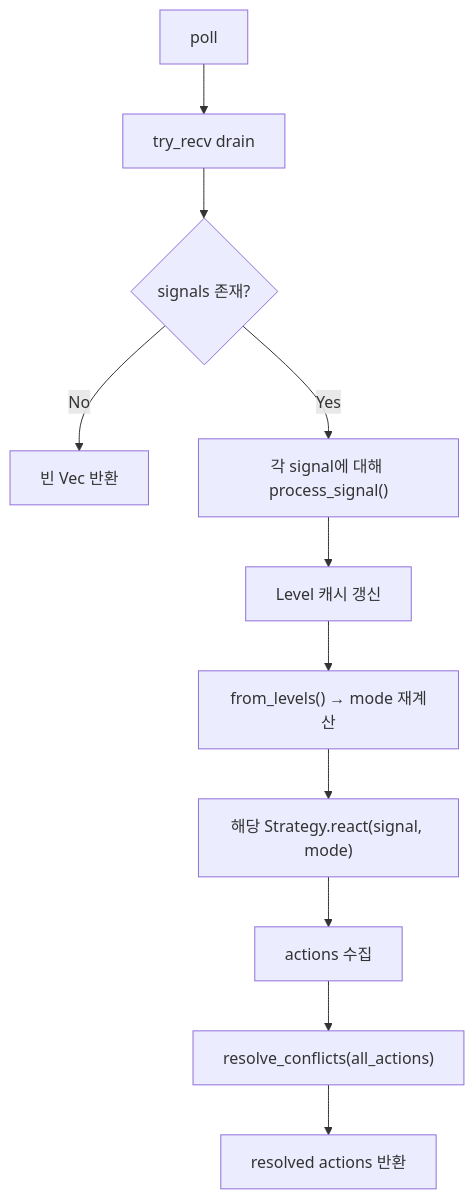
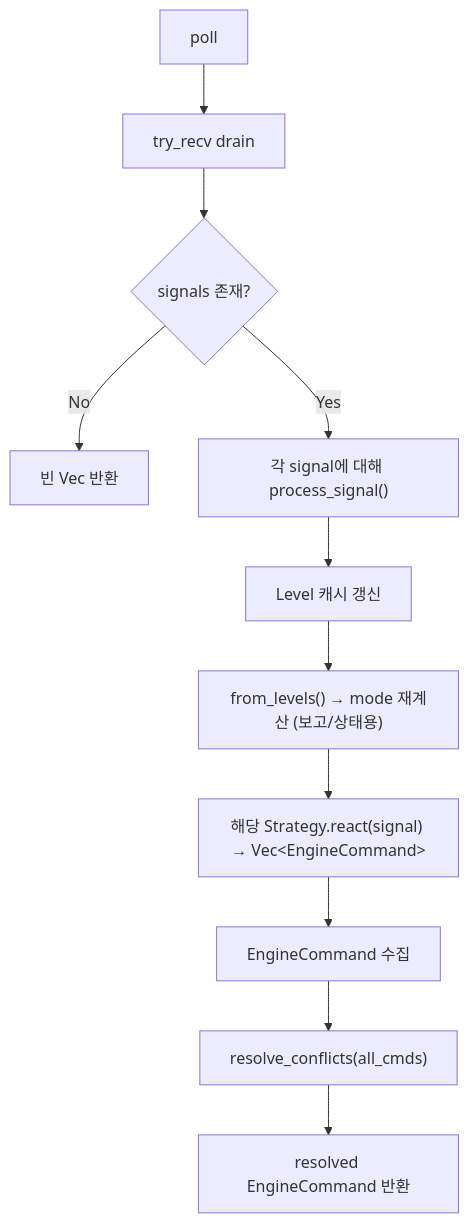
Before and after one commit to hedone21/llm_rs2: the fourth of 4 diagrams in arch/31-engine-state.md, drawn with Mermaid. The commit also changed other lines of this file and 3 other files, not shown here.

First line of the commit message:
docs(arch): α-W-3 arch drift-sync — 구 resilience 어휘를 EngineCommand 단일로 정리

````diff
--- a/arch/31-engine-state.md
+++ b/arch/31-engine-state.md
@@ -292,13 +298,13 @@
 ```mermaid
 flowchart TD
     A[poll] --> B[try_recv drain]
     B --> C{signals 존재?}
     C -->|No| D["빈 Vec 반환"]
     C -->|Yes| E["각 signal에 대해 process_signal()"]
     E --> F[Level 캐시 갱신]
-    F --> G["from_levels() → mode 재계산"]
-    G --> H["해당 Strategy.react(signal, mode)"]
-    H --> I[actions 수집]
-    I --> J["resolve_conflicts(all_actions)"]
-    J --> K[resolved actions 반환]
+    F --> G["from_levels() → mode 재계산 (보고/상태용)"]
+    G --> H["해당 Strategy.react(signal) → Vec&lt;EngineCommand&gt;"]
+    H --> I[EngineCommand 수집]
+    I --> J["resolve_conflicts(all_cmds)"]
+    J --> K[resolved EngineCommand 반환]
 ```
````
